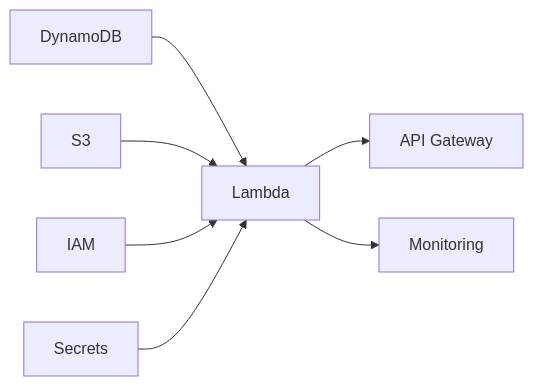
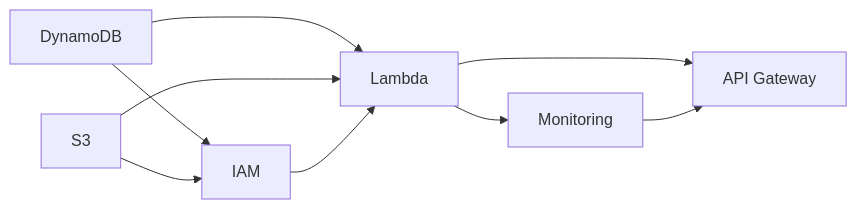
The second of 2 diagrams in docs/deployment/infrastructure.md (zhiweio/redshift-spectra), drawn with Mermaid before and after one commit. The commit also changed other lines of this file and 64 other files, not shown here.

````diff
--- a/docs/deployment/infrastructure.md
+++ b/docs/deployment/infrastructure.md
@@ -71,9 +79,11 @@
 ```mermaid
 flowchart LR
-    DDB[DynamoDB] --> LAMBDA
-    S3[S3] --> LAMBDA
+    DDB[DynamoDB] --> IAM
+    DDB --> LAMBDA
+    S3[S3] --> IAM
+    S3 --> LAMBDA
     IAM[IAM] --> LAMBDA
-    SECRETS[Secrets] --> LAMBDA
     LAMBDA[Lambda] --> APIGW[API Gateway]
     LAMBDA --> MON[Monitoring]
+    MON --> APIGW
 ```
````
